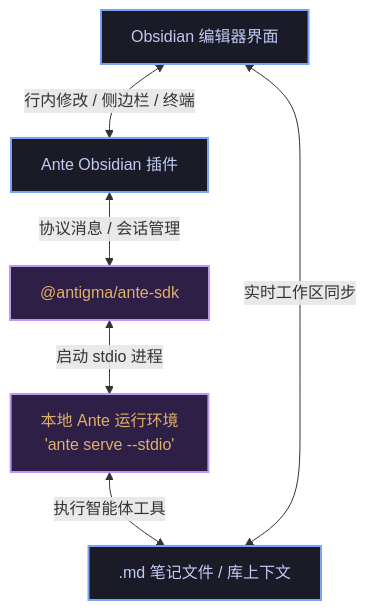
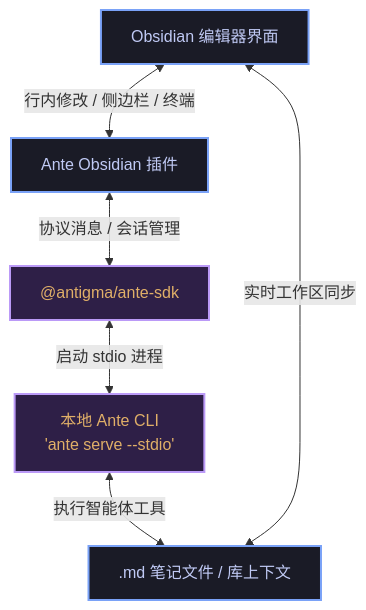
The diagram in README.zh-CN.md (AntigmaLabs/ante-obsidian), drawn with Mermaid before and after one commit. The commit also changed other lines of this file and 12 other files, not shown here.

First line of the commit message:
refactor(obsidian): rename runtime to cli and add copy-to-update helper

````diff
--- a/README.zh-CN.md
+++ b/README.zh-CN.md
@@ -72,13 +72,13 @@
 ```mermaid
 graph TD
     Obsidian[Obsidian 编辑器界面] <-->|行内修改 / 侧边栏 / 终端| Plugin[Ante Obsidian 插件]
     Plugin <-->|协议消息 / 会话管理| SDK["@antigma/ante-sdk"]
-    SDK <-->|启动 stdio 进程| Runtime["本地 Ante 运行环境<br>'ante serve --stdio'"]
+    SDK <-->|启动 stdio 进程| Runtime["本地 Ante CLI<br>'ante serve --stdio'"]
     Runtime <-->|执行智能体工具| Notes[".md 笔记文件 / 库上下文"]
     Notes <-->|实时工作区同步| Obsidian
 
     classDef default fill:#1A1B26,stroke:#7AA2F7,stroke-width:2px,color:#C0CAF5;
     classDef highlight fill:#2E1F47,stroke:#BB9AF7,stroke-width:2px,color:#E0AF68;
     class Obsidian,Plugin,Notes default;
     class SDK,Runtime highlight;
 ```
````
